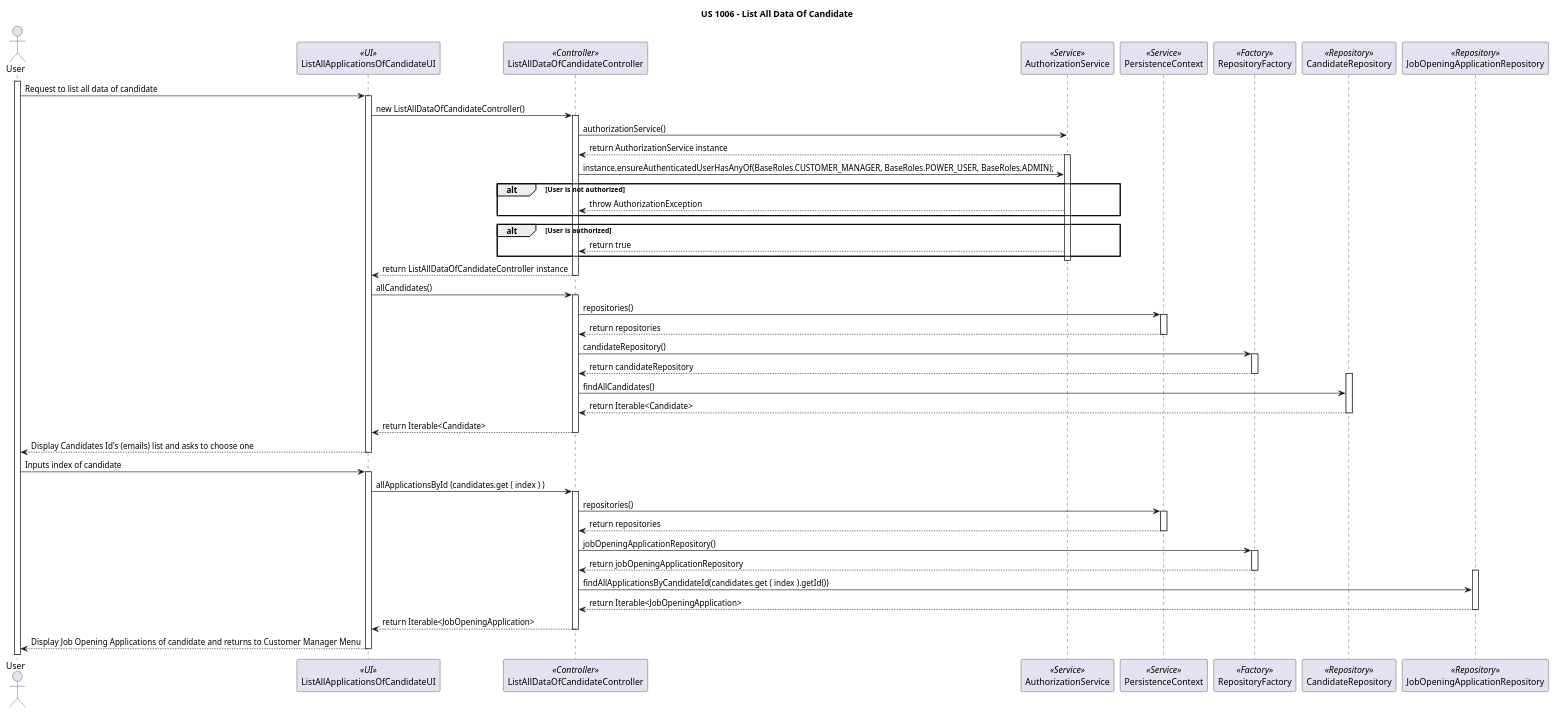
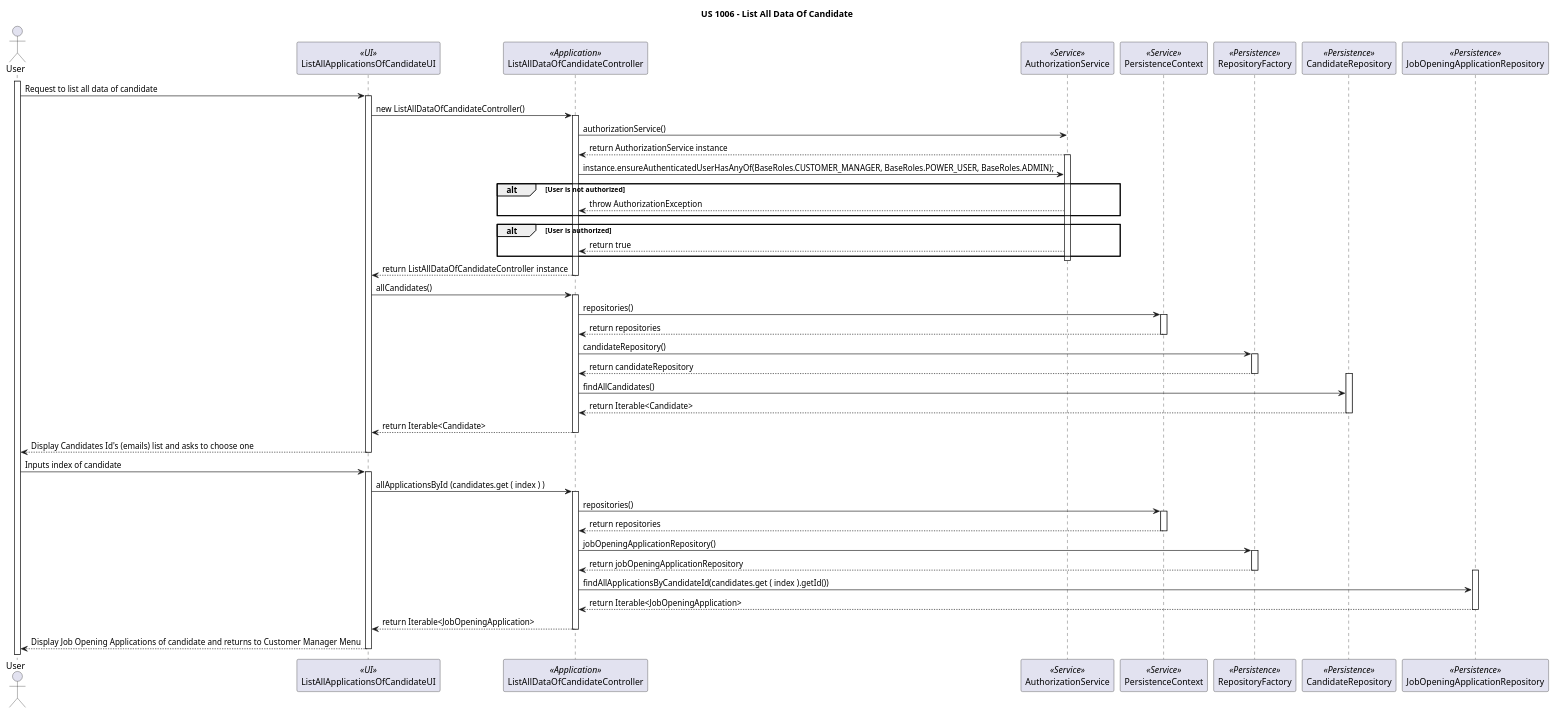
One commit to marcoferreira37/Lapr4 changed the diagram in docs/sprintB/1006b/puml/1006b-sequence-diagram.puml. Above: the diagram before and after it, drawn with PlantUML. The commit also changed 19 other files, not shown here.

```diff
--- a/docs/sprintB/1006b/puml/1006b-sequence-diagram.puml
+++ b/docs/sprintB/1006b/puml/1006b-sequence-diagram.puml
@@ -1,78 +1,78 @@
 @startuml
 
 title US 1006 - List All Data Of Candidate
 
 actor User as U
 participant "ListAllApplicationsOfCandidateUI" as UI <<UI>>
-participant "ListAllDataOfCandidateController" as C <<Controller>>
+participant "ListAllDataOfCandidateController" as C <<Application>>
 participant "AuthorizationService" as A <<Service>>
 participant "PersistenceContext" as P <<Service>>
-participant "RepositoryFactory" as RF <<Factory>>
-participant "CandidateRepository" as CR <<Repository>>
-participant "JobOpeningApplicationRepository" as JAR <<Repository>>
+participant "RepositoryFactory" as RF <<Persistence>>
+participant "CandidateRepository" as CR <<Persistence>>
+participant "JobOpeningApplicationRepository" as JAR <<Persistence>>
 
 activate U
 U -> UI: Request to list all data of candidate
 activate UI
 UI -> C: new ListAllDataOfCandidateController()
 activate C
 C -> A:authorizationService()
 A --> C: return AuthorizationService instance
 activate A
 C ->A : instance.ensureAuthenticatedUserHasAnyOf(BaseRoles.CUSTOMER_MANAGER, BaseRoles.POWER_USER, BaseRoles.ADMIN);
 alt User is not authorized
 A --> C: throw AuthorizationException
 end
 alt User is authorized
 A --> C: return true
 end
 deactivate A
 C --> UI: return ListAllDataOfCandidateController instance
 deactivate C
 UI -> C : allCandidates()
 activate C
 C -> P: repositories()
 activate P
 P --> C: return repositories
 deactivate P
 C -> RF: candidateRepository()
 activate RF
 RF --> C: return candidateRepository
 deactivate RF
 activate CR
 C -> CR: findAllCandidates()
 CR --> C: return Iterable<Candidate>
 deactivate CR
 C --> UI: return Iterable<Candidate>
 deactivate C
 UI --> U: Display Candidates Id's (emails) list and asks to choose one
 deactivate UI
 U->UI: Inputs index of candidate
 activate UI
 UI -> C: allApplicationsById (candidates.get ( index ) )
 activate C
 C -> P: repositories()
 activate P
 P --> C: return repositories
 deactivate P
 C -> RF: jobOpeningApplicationRepository()
 activate RF
 RF --> C: return jobOpeningApplicationRepository
 deactivate RF
 activate JAR
 C -> JAR: findAllApplicationsByCandidateId(candidates.get ( index ).getId())
 JAR --> C: return Iterable<JobOpeningApplication>
 deactivate JAR
 C --> UI: return Iterable<JobOpeningApplication>
 deactivate C
 UI --> U: Display Job Opening Applications of candidate and returns to Customer Manager Menu
 deactivate UI
 
 
 
 
 
 
 
 
 @enduml
```
